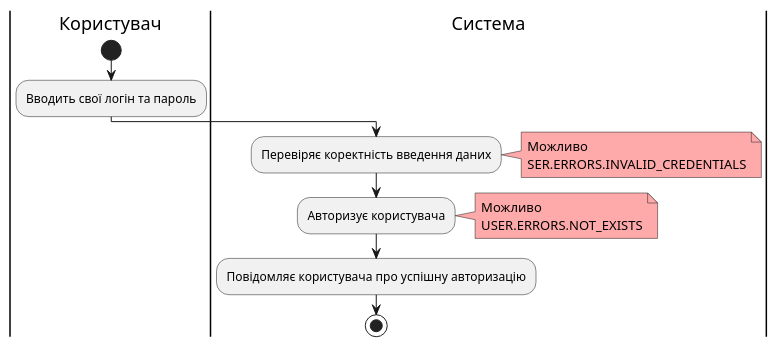
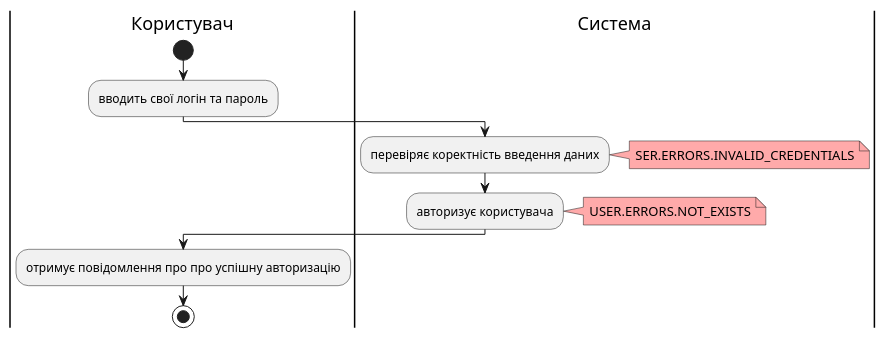
Diagram 19 of 23 in docs/use cases/README.md (yarikkot04/Sup), drawn with PlantUML before and after one commit. The commit also changed other lines of this file and 1 other file, not shown here.

```diff
--- a/docs/use cases/README.md
+++ b/docs/use cases/README.md
@@ -856,20 +867,19 @@
 @startuml
 
     |Користувач|
      start
-      :Вводить свої логін та пароль;
+      :вводить свої логін та пароль;
     |Система|
-      :Перевіряє коректність введення даних;
+      :перевіряє коректність введення даних;
        note right #ffaaaa
-       Можливо
        SER.ERRORS.INVALID_CREDENTIALS
        end note
-      :Авторизує користувача;
+      :авторизує користувача;
        note right #ffaaaa
-       Можливо
        USER.ERRORS.NOT_EXISTS
        end note
-      :Повідомляє користувача про успішну авторизацію;
+    |Користувач|
+      :отримує повідомлення про про успішну авторизацію;
      stop;
         
 @enduml
```
